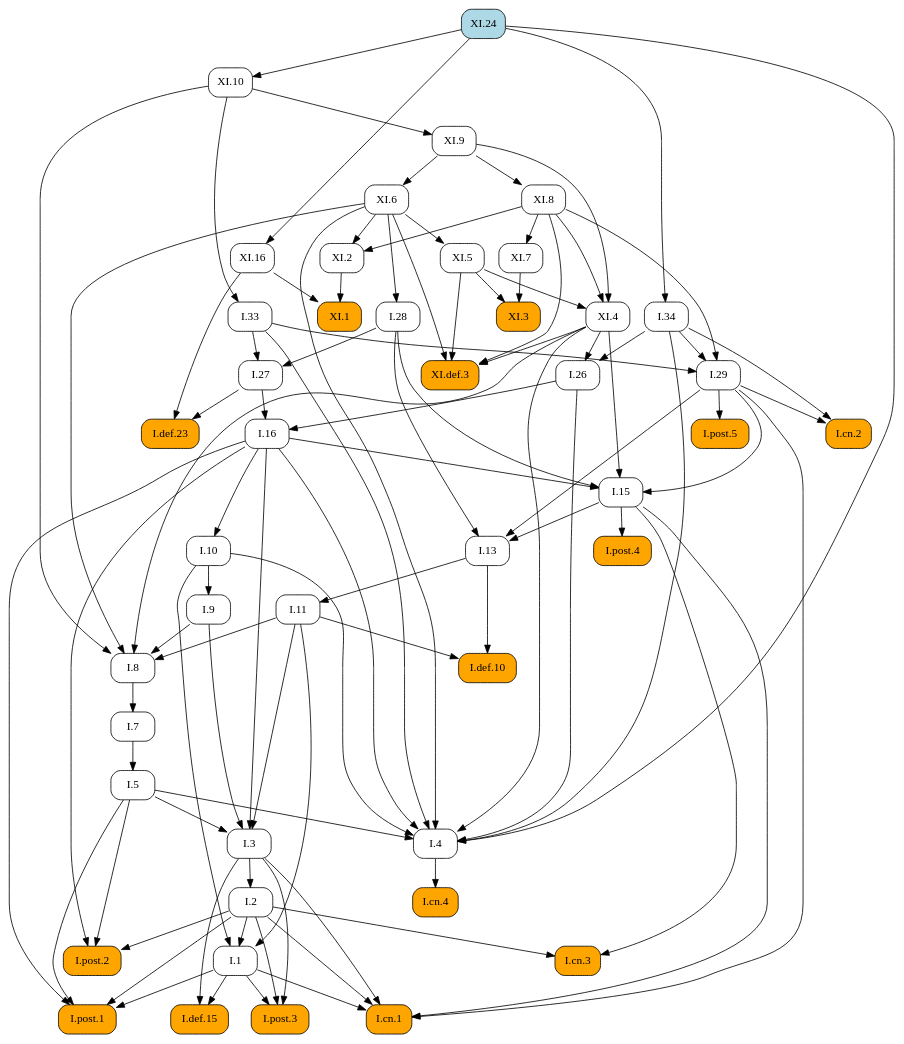
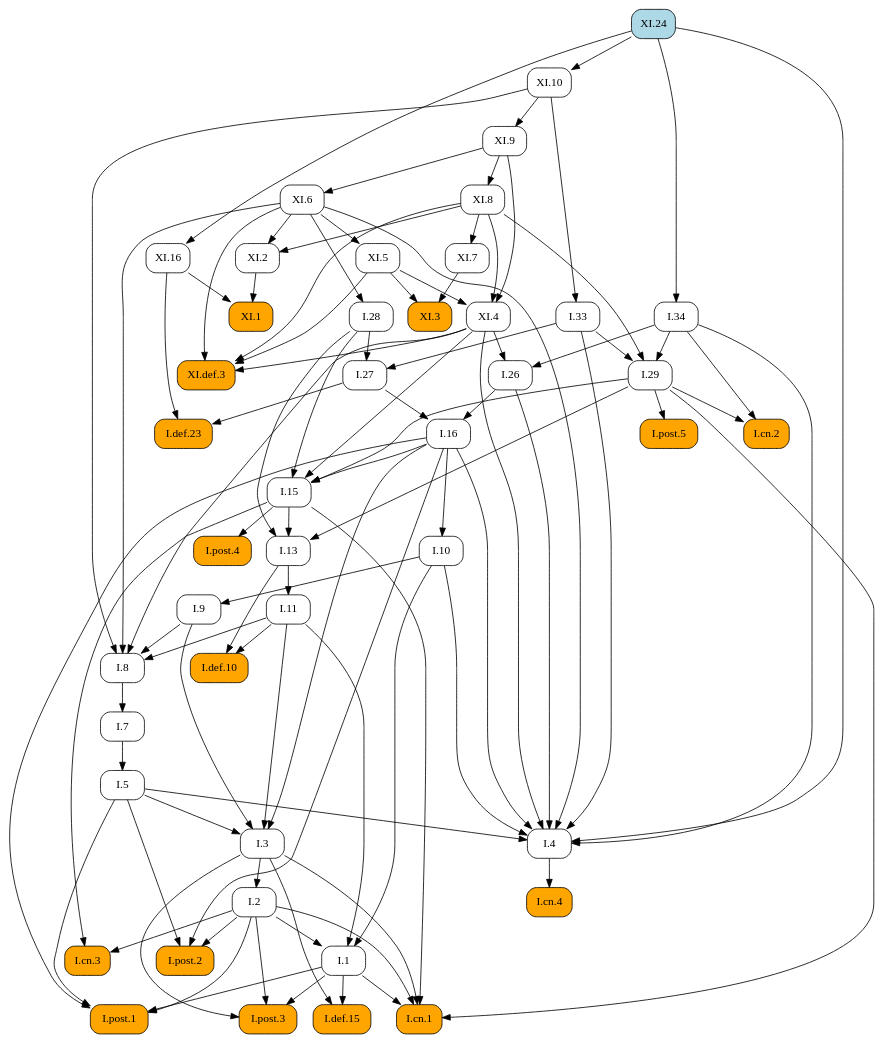
One commit to geometor/elements changed the diagram in docsrc/heath/XI/24/index.rst. Above: the diagram before and after it, drawn with Graphviz. The commit also changed other lines of this file and 484 other files, not shown here.

```diff
--- a/docsrc/heath/XI/24/index.rst
+++ b/docsrc/heath/XI/24/index.rst
@@ -50,104 +50,96 @@
    digraph {
      rankdir="TB";
      node [shape=box, style=rounded];
+     "I.9" [URL="/heath/I/9/", target="_top"];
+     "I.33" [URL="/heath/I/33/", target="_top"];
+     "XI.4" [URL="/heath/XI/4/", target="_top"];
+     "I.def.15" [style="rounded,filled", fillcolor=orange, URL="/heath/I/def.15/", target="_top"];
+     "XI.8" [URL="/heath/XI/8/", target="_top"];
+     "XI.24" [style="rounded,filled", fillcolor=lightblue, URL="/heath/XI/24/", target="_top"];
+     "XI.6" [URL="/heath/XI/6/", target="_top"];
+     "I.post.3" [style="rounded,filled", fillcolor=orange, URL="/heath/I/post.3/", target="_top"];
+     "I.post.1" [style="rounded,filled", fillcolor=orange, URL="/heath/I/post.1/", target="_top"];
+     "XI.3" [style="rounded,filled", fillcolor=orange, URL="/heath/XI/3/", target="_top"];
      "I.def.10" [style="rounded,filled", fillcolor=orange, URL="/heath/I/def.10/", target="_top"];
+     "XI.def.3" [style="rounded,filled", fillcolor=orange, URL="/heath/XI/def.3/", target="_top"];
+     "XI.10" [URL="/heath/XI/10/", target="_top"];
+     "I.27" [URL="/heath/I/27/", target="_top"];
+     "I.34" [URL="/heath/I/34/", target="_top"];
+     "XI.2" [URL="/heath/XI/2/", target="_top"];
+     "I.3" [URL="/heath/I/3/", target="_top"];
+     "XI.7" [URL="/heath/XI/7/", target="_top"];
+     "I.cn.1" [style="rounded,filled", fillcolor=orange, URL="/heath/I/cn.1/", target="_top"];
+     "I.7" [URL="/heath/I/7/", target="_top"];
+     "I.2" [URL="/heath/I/2/", target="_top"];
+     "I.13" [URL="/heath/I/13/", target="_top"];
+     "I.post.4" [style="rounded,filled", fillcolor=orange, URL="/heath/I/post.4/", target="_top"];
+     "I.4" [URL="/heath/I/4/", target="_top"];
+     "I.1" [URL="/heath/I/1/", target="_top"];
+     "XI.16" [URL="/heath/XI/16/", target="_top"];
+     "I.5" [URL="/heath/I/5/", target="_top"];
+     "I.8" [URL="/heath/I/8/", target="_top"];
+     "I.29" [URL="/heath/I/29/", target="_top"];
+     "I.cn.3" [style="rounded,filled", fillcolor=orange, URL="/heath/I/cn.3/", target="_top"];
+     "XI.5" [URL="/heath/XI/5/", target="_top"];
+     "I.16" [URL="/heath/I/16/", target="_top"];
+     "I.15" [URL="/heath/I/15/", target="_top"];
+     "I.10" [URL="/heath/I/10/", target="_top"];
      "I.11" [URL="/heath/I/11/", target="_top"];
-     "I.post.4" [style="rounded,filled", fillcolor=orange, URL="/heath/I/post.4/", target="_top"];
-     "XI.def.3" [style="rounded,filled", fillcolor=orange, URL="/heath/XI/def.3/", target="_top"];
+     "I.def.23" [style="rounded,filled", fillcolor=orange, URL="/heath/I/def.23/", target="_top"];
+     "XI.9" [URL="/heath/XI/9/", target="_top"];
+     "I.cn.2" [style="rounded,filled", fillcolor=orange, URL="/heath/I/cn.2/", target="_top"];
+     "I.post.5" [style="rounded,filled", fillcolor=orange, URL="/heath/I/post.5/", target="_top"];
      "I.28" [URL="/heath/I/28/", target="_top"];
-     "I.1" [URL="/heath/I/1/", target="_top"];
+     "I.cn.4" [style="rounded,filled", fillcolor=orange, URL="/heath/I/cn.4/", target="_top"];
+     "XI.1" [style="rounded,filled", fillcolor=orange, URL="/heath/XI/1/", target="_top"];
+     "I.post.2" [style="rounded,filled", fillcolor=orange, URL="/heath/I/post.2/", target="_top"];
      "I.26" [URL="/heath/I/26/", target="_top"];
-     "XI.7" [URL="/heath/XI/7/", target="_top"];
-     "I.29" [URL="/heath/I/29/", target="_top"];
-     "I.cn.2" [style="rounded,filled", fillcolor=orange, URL="/heath/I/cn.2/", target="_top"];
-     "XI.9" [URL="/heath/XI/9/", target="_top"];
-     "XI.8" [URL="/heath/XI/8/", target="_top"];
-     "I.def.15" [style="rounded,filled", fillcolor=orange, URL="/heath/I/def.15/", target="_top"];
-     "I.post.3" [style="rounded,filled", fillcolor=orange, URL="/heath/I/post.3/", target="_top"];
-     "XI.5" [URL="/heath/XI/5/", target="_top"];
-     "XI.1" [style="rounded,filled", fillcolor=orange, URL="/heath/XI/1/", target="_top"];
-     "I.cn.1" [style="rounded,filled", fillcolor=orange, URL="/heath/I/cn.1/", target="_top"];
-     "I.cn.3" [style="rounded,filled", fillcolor=orange, URL="/heath/I/cn.3/", target="_top"];
-     "XI.2" [URL="/heath/XI/2/", target="_top"];
-     "I.post.1" [style="rounded,filled", fillcolor=orange, URL="/heath/I/post.1/", target="_top"];
-     "XI.6" [URL="/heath/XI/6/", target="_top"];
-     "XI.16" [URL="/heath/XI/16/", target="_top"];
-     "I.27" [URL="/heath/I/27/", target="_top"];
-     "I.7" [URL="/heath/I/7/", target="_top"];
-     "I.34" [URL="/heath/I/34/", target="_top"];
-     "I.3" [URL="/heath/I/3/", target="_top"];
-     "I.2" [URL="/heath/I/2/", target="_top"];
-     "I.4" [URL="/heath/I/4/", target="_top"];
-     "I.def.23" [style="rounded,filled", fillcolor=orange, URL="/heath/I/def.23/", target="_top"];
-     "I.13" [URL="/heath/I/13/", target="_top"];
-     "I.33" [URL="/heath/I/33/", target="_top"];
-     "I.5" [URL="/heath/I/5/", target="_top"];
-     "I.post.2" [style="rounded,filled", fillcolor=orange, URL="/heath/I/post.2/", target="_top"];
-     "I.16" [URL="/heath/I/16/", target="_top"];
-     "I.9" [URL="/heath/I/9/", target="_top"];
-     "I.8" [URL="/heath/I/8/", target="_top"];
-     "I.cn.4" [style="rounded,filled", fillcolor=orange, URL="/heath/I/cn.4/", target="_top"];
-     "I.15" [URL="/heath/I/15/", target="_top"];
-     "XI.4" [URL="/heath/XI/4/", target="_top"];
-     "I.post.5" [style="rounded,filled", fillcolor=orange, URL="/heath/I/post.5/", target="_top"];
-     "XI.24" [style="rounded,filled", fillcolor=lightblue, URL="/heath/XI/24/", target="_top"];
-     "I.10" [URL="/heath/I/10/", target="_top"];
-     "XI.10" [URL="/heath/XI/10/", target="_top"];
-     "XI.3" [style="rounded,filled", fillcolor=orange, URL="/heath/XI/3/", target="_top"];
+     "I.10" -> "I.9";
+     "XI.10" -> "I.33";
+     "XI.5" -> "XI.4";
+     "XI.8" -> "XI.4";
+     "XI.9" -> "XI.4";
+     "I.1" -> "I.def.15";
+     "I.3" -> "I.def.15";
+     "XI.9" -> "XI.8";
+     "XI.9" -> "XI.6";
+     "I.1" -> "I.post.3";
+     "I.2" -> "I.post.3";
+     "I.3" -> "I.post.3";
+     "I.1" -> "I.post.1";
+     "I.2" -> "I.post.1";
+     "I.5" -> "I.post.1";
+     "I.16" -> "I.post.1";
+     "XI.5" -> "XI.3";
+     "XI.7" -> "XI.3";
      "I.11" -> "I.def.10";
      "I.13" -> "I.def.10";
-     "I.13" -> "I.11";
-     "I.15" -> "I.post.4";
      "XI.4" -> "XI.def.3";
      "XI.5" -> "XI.def.3";
      "XI.6" -> "XI.def.3";
      "XI.8" -> "XI.def.3";
-     "XI.6" -> "I.28";
-     "I.2" -> "I.1";
-     "I.10" -> "I.1";
-     "I.11" -> "I.1";
-     "I.34" -> "I.26";
-     "XI.4" -> "I.26";
+     "XI.24" -> "XI.10";
+     "I.28" -> "I.27";
+     "I.33" -> "I.27";
+     "XI.24" -> "I.34";
+     "XI.6" -> "XI.2";
+     "XI.8" -> "XI.2";
+     "I.5" -> "I.3";
+     "I.9" -> "I.3";
+     "I.11" -> "I.3";
+     "I.16" -> "I.3";
      "XI.8" -> "XI.7";
-     "I.33" -> "I.29";
-     "I.34" -> "I.29";
-     "XI.8" -> "I.29";
-     "I.29" -> "I.cn.2";
-     "I.34" -> "I.cn.2";
-     "XI.10" -> "XI.9";
-     "XI.9" -> "XI.8";
-     "I.1" -> "I.def.15";
-     "I.3" -> "I.def.15";
-     "I.1" -> "I.post.3";
-     "I.2" -> "I.post.3";
-     "I.3" -> "I.post.3";
-     "XI.6" -> "XI.5";
-     "XI.2" -> "XI.1";
-     "XI.16" -> "XI.1";
      "I.1" -> "I.cn.1";
      "I.2" -> "I.cn.1";
      "I.3" -> "I.cn.1";
      "I.15" -> "I.cn.1";
      "I.29" -> "I.cn.1";
-     "I.2" -> "I.cn.3";
-     "I.15" -> "I.cn.3";
-     "XI.6" -> "XI.2";
-     "XI.8" -> "XI.2";
-     "I.1" -> "I.post.1";
-     "I.2" -> "I.post.1";
-     "I.5" -> "I.post.1";
-     "I.16" -> "I.post.1";
-     "XI.9" -> "XI.6";
-     "XI.24" -> "XI.16";
-     "I.28" -> "I.27";
-     "I.33" -> "I.27";
      "I.8" -> "I.7";
-     "XI.24" -> "I.34";
-     "I.5" -> "I.3";
-     "I.9" -> "I.3";
-     "I.11" -> "I.3";
-     "I.16" -> "I.3";
      "I.3" -> "I.2";
+     "I.15" -> "I.13";
+     "I.28" -> "I.13";
+     "I.29" -> "I.13";
+     "I.15" -> "I.post.4";
      "I.5" -> "I.4";
      "I.10" -> "I.4";
      "I.16" -> "I.4";
@@ -157,35 +149,43 @@
      "XI.4" -> "I.4";
      "XI.6" -> "I.4";
      "XI.24" -> "I.4";
-     "I.27" -> "I.def.23";
-     "XI.16" -> "I.def.23";
-     "I.15" -> "I.13";
-     "I.28" -> "I.13";
-     "I.29" -> "I.13";
-     "XI.10" -> "I.33";
+     "I.2" -> "I.1";
+     "I.10" -> "I.1";
+     "I.11" -> "I.1";
+     "XI.24" -> "XI.16";
      "I.7" -> "I.5";
-     "I.2" -> "I.post.2";
-     "I.5" -> "I.post.2";
-     "I.16" -> "I.post.2";
-     "I.26" -> "I.16";
-     "I.27" -> "I.16";
-     "I.10" -> "I.9";
      "I.9" -> "I.8";
      "I.11" -> "I.8";
      "XI.4" -> "I.8";
      "XI.6" -> "I.8";
      "XI.10" -> "I.8";
-     "I.4" -> "I.cn.4";
+     "I.33" -> "I.29";
+     "I.34" -> "I.29";
+     "XI.8" -> "I.29";
+     "I.2" -> "I.cn.3";
+     "I.15" -> "I.cn.3";
+     "XI.6" -> "XI.5";
+     "I.26" -> "I.16";
+     "I.27" -> "I.16";
      "I.16" -> "I.15";
      "I.28" -> "I.15";
      "I.29" -> "I.15";
      "XI.4" -> "I.15";
-     "XI.5" -> "XI.4";
-     "XI.8" -> "XI.4";
-     "XI.9" -> "XI.4";
+     "I.16" -> "I.10";
+     "I.13" -> "I.11";
+     "I.27" -> "I.def.23";
+     "XI.16" -> "I.def.23";
+     "XI.10" -> "XI.9";
+     "I.29" -> "I.cn.2";
+     "I.34" -> "I.cn.2";
      "I.29" -> "I.post.5";
-     "I.16" -> "I.10";
-     "XI.24" -> "XI.10";
-     "XI.5" -> "XI.3";
-     "XI.7" -> "XI.3";
+     "XI.6" -> "I.28";
+     "I.4" -> "I.cn.4";
+     "XI.2" -> "XI.1";
+     "XI.16" -> "XI.1";
+     "I.2" -> "I.post.2";
+     "I.5" -> "I.post.2";
+     "I.16" -> "I.post.2";
+     "I.34" -> "I.26";
+     "XI.4" -> "I.26";
    }
```
